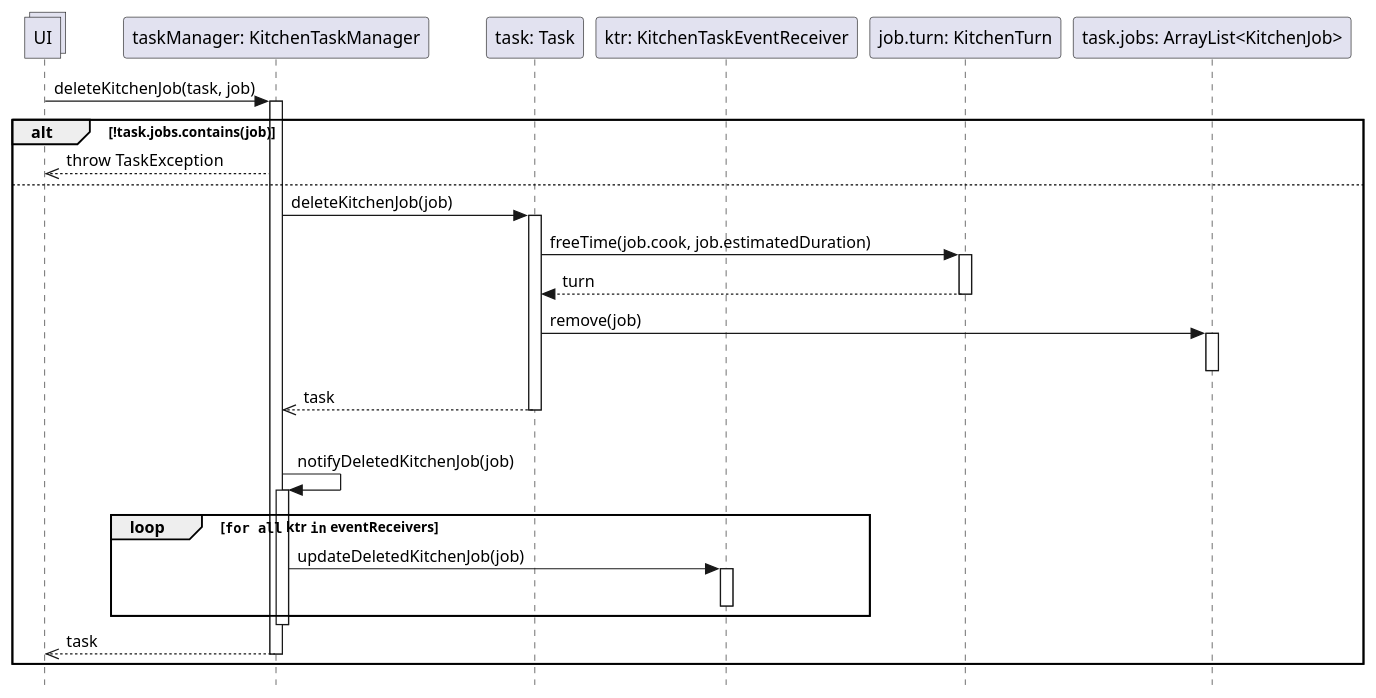
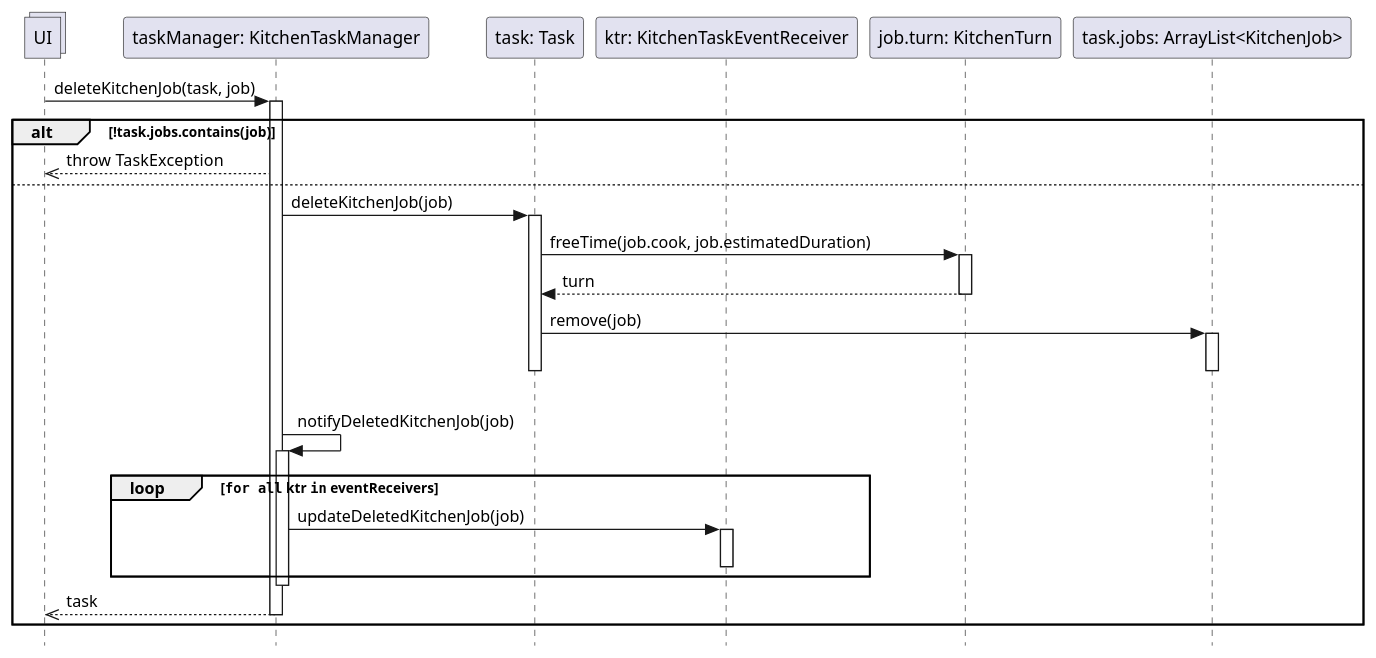
The diagram in UP/Progettazione/UC Gestire Compiti Cucina/DSD/DSD Operazione 6a.puml (stefa168/sas-project), drawn with PlantUML before and after one commit. The commit also changed 3 other files, not shown here.

```diff
--- a/UP/Progettazione/UC Gestire Compiti Cucina/DSD/DSD Operazione 6a.puml
+++ b/UP/Progettazione/UC Gestire Compiti Cucina/DSD/DSD Operazione 6a.puml
@@ -1,50 +1,50 @@
 @startuml Operazione 6a
 skinparam Style strictuml
 
 collections UI
 
 'commento di prova per vedere se riesco a pushare sul nuovo pc
 
 participant "taskManager: KitchenTaskManager" as tm
 participant "task: Task" as task
 participant "ktr: KitchenTaskEventReceiver" as ktr
 participant "job.turn: KitchenTurn" as t
 participant "task.jobs: ArrayList<KitchenJob>" as jl
 
 UI -> tm: deleteKitchenJob(task, job)
 activate tm
 
 alt !task.jobs.contains(job)
     UI <<-- tm: throw TaskException
 else
     tm -> task: deleteKitchenJob(job)
     activate task
     task -> t: freeTime(job.cook, job.estimatedDuration)
     activate t
     return turn
 
     task -> jl: remove(job)
     activate jl
     deactivate jl
 
-    tm <<-- task: task
+
     deactivate task
 
     |||
     tm -> tm: notifyDeletedKitchenJob(job)
     activate tm
     loop ""for all"" ktr ""in"" eventReceivers
         tm -> ktr : updateDeletedKitchenJob(job)
         activate ktr
         deactivate ktr
     end
     deactivate tm
 
     UI <<-- tm: task
     deactivate tm
 
 end
 
 deactivate tm
 
 @enduml
```
